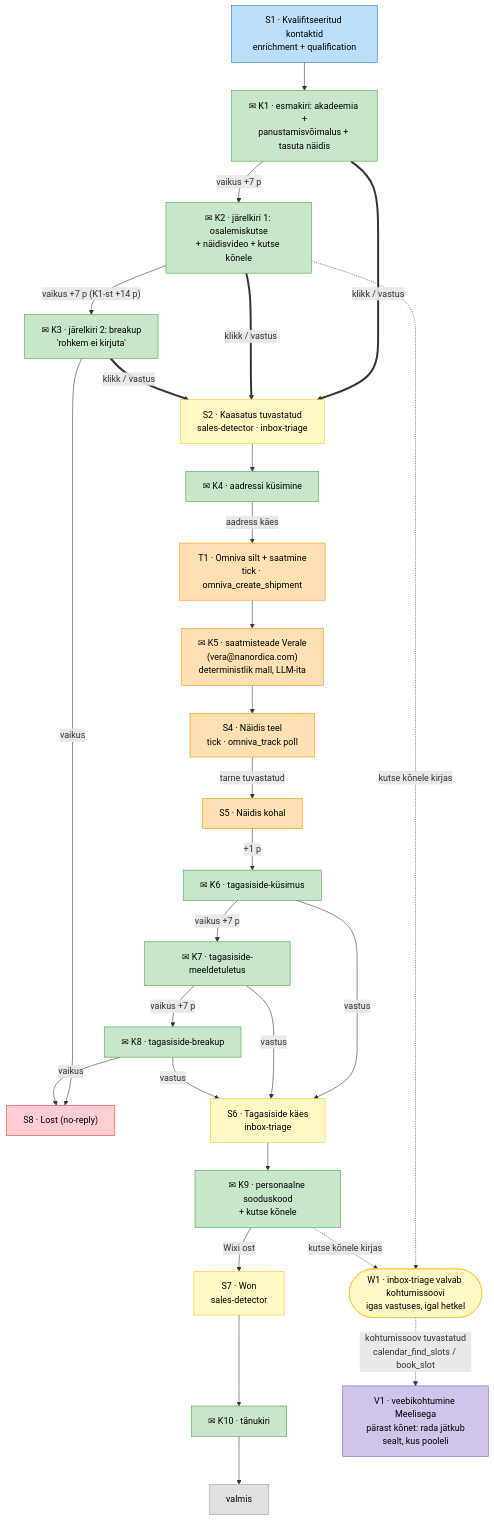
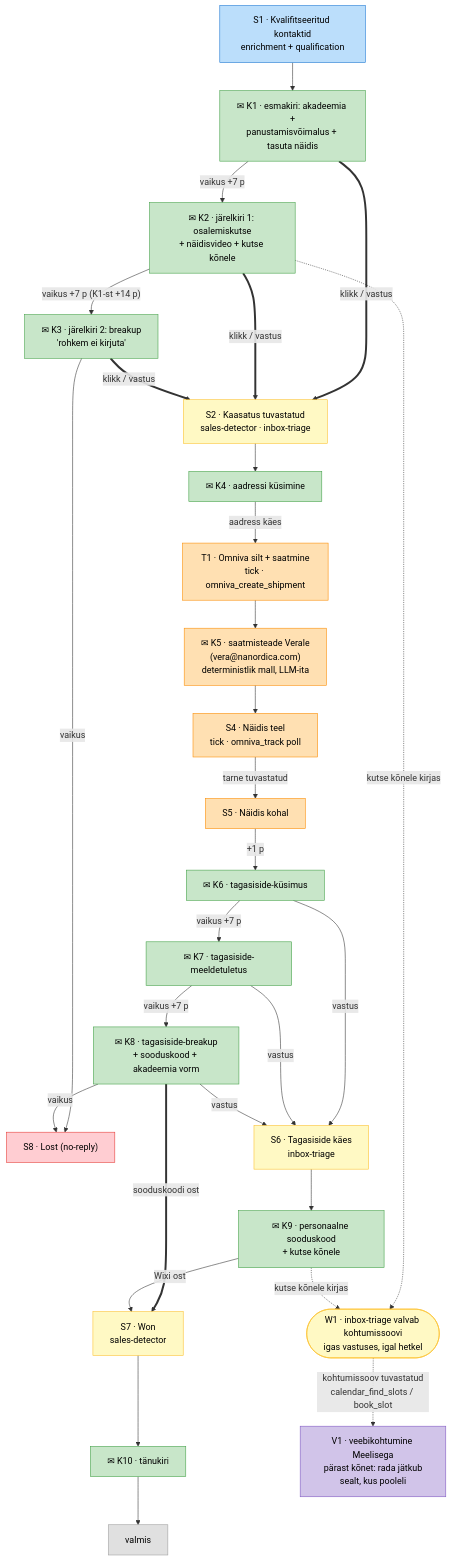
Before and after one commit to nanordica/-Nanordica-veterinary-sales-agent: the diagram in docs/email-lehter-v2.md, drawn with Mermaid. The commit also changed other lines of this file and 1 other file, not shown here.

First line of the commit message:
feat: add K8 feedback-breakup template with one-time coupon

````diff
--- a/docs/email-lehter-v2.md
+++ b/docs/email-lehter-v2.md
@@ -33,46 +33,47 @@
 ```mermaid
 flowchart TD
     S1["S1 · Kvalifitseeritud kontaktid<br/>enrichment + qualification"] --> K1["✉ K1 · esmakiri: akadeemia +<br/>panustamisvõimalus + tasuta näidis"]
     K1 -->|"vaikus +7 p"| K2["✉ K2 · järelkiri 1: osalemiskutse<br/>+ näidisvideo + kutse kõnele"]
     K2 -->|"vaikus +7 p (K1-st +14 p)"| K3["✉ K3 · järelkiri 2: breakup<br/>'rohkem ei kirjuta'"]
     K3 -->|"vaikus"| S8["S8 · Lost (no-reply)"]
     K1 ==>|"klikk / vastus"| S2["S2 · Kaasatus tuvastatud<br/>sales-detector · inbox-triage"]
     K2 ==>|"klikk / vastus"| S2
     K3 ==>|"klikk / vastus"| S2
     S2 --> K4["✉ K4 · aadressi küsimine"]
     K4 -->|"aadress käes"| T1["T1 · Omniva silt + saatmine<br/>tick · omniva_create_shipment"]
     T1 --> K5["✉ K5 · saatmisteade Verale<br/>(vera@nanordica.com)<br/>deterministlik mall, LLM-ita"]
     K5 --> S4["S4 · Näidis teel<br/>tick · omniva_track poll"]
     S4 -->|"tarne tuvastatud"| S5["S5 · Näidis kohal"]
     S5 -->|"+1 p"| K6["✉ K6 · tagasiside-küsimus"]
     K6 -->|"vastus"| S6["S6 · Tagasiside käes<br/>inbox-triage"]
     K6 -->|"vaikus +7 p"| K7["✉ K7 · tagasiside-meeldetuletus"]
     K7 -->|"vastus"| S6
-    K7 -->|"vaikus +7 p"| K8["✉ K8 · tagasiside-breakup"]
+    K7 -->|"vaikus +7 p"| K8["✉ K8 · tagasiside-breakup<br/>+ sooduskood + akadeemia vorm"]
     K8 -->|"vastus"| S6
+    K8 ==>|"sooduskoodi ost"| S7
     K8 -->|"vaikus"| S8
     S6 --> K9["✉ K9 · personaalne sooduskood<br/>+ kutse kõnele"]
     K9 -->|"Wixi ost"| S7["S7 · Won<br/>sales-detector"]
     S7 --> K10["✉ K10 · tänukiri"]
     K10 --> L["valmis"]
 
     K2 -.->|"kutse kõnele kirjas"| W1(["W1 · inbox-triage valvab kohtumissoovi<br/>igas vastuses, igal hetkel"])
     K9 -.->|"kutse kõnele kirjas"| W1
     W1 -.->|"kohtumissoov tuvastatud<br/>calendar_find_slots / book_slot"| V1["V1 · veebikohtumine Meelisega<br/>pärast kõnet: rada jätkub<br/>sealt, kus pooleli"]
 
     classDef ow fill:#c8e6c9,stroke:#43a047,color:#000
     classDef det fill:#fff9c4,stroke:#fbc02d,color:#000
     classDef enr fill:#bbdefb,stroke:#1976d2,color:#000
     classDef hum fill:#d1c4e9,stroke:#7e57c2,color:#000
     classDef tik fill:#ffe0b2,stroke:#fb8c00,color:#000
     classDef lost fill:#ffcdd2,stroke:#e53935,color:#000
     classDef base fill:#e0e0e0,stroke:#9e9e9e,color:#000
 
     class K1,K2,K3,K4,K6,K7,K8,K9,K10 ow
     class S2,S6,S7,W1 det
     class S1 enr
     class V1 hum
     class T1,K5,S4,S5 tik
     class S8 lost
     class L base
 ```
````
